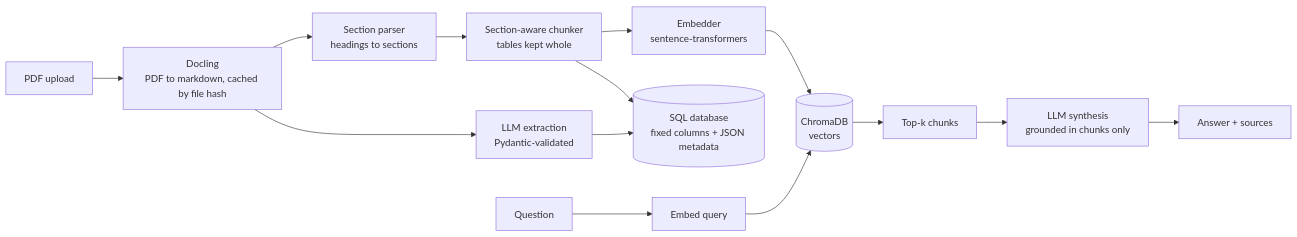
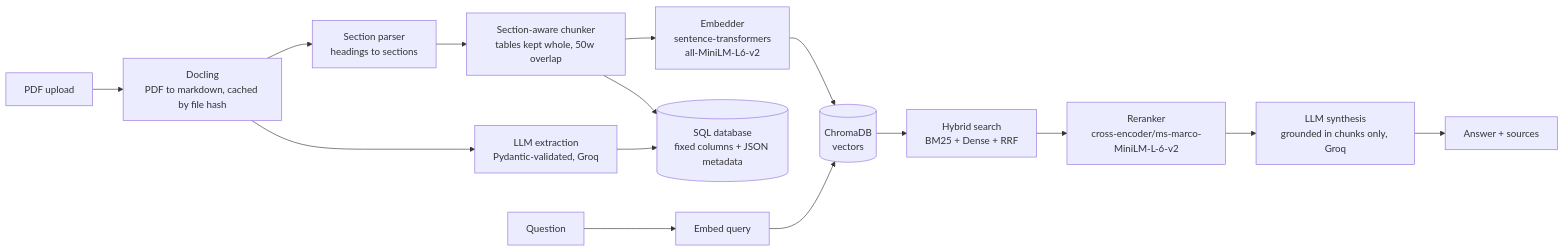
The diagram in README.md (HarshvardhanJ/papermind), drawn with Mermaid before and after one commit. The commit also changed other lines of this file and 2 other files, not shown here.

````diff
--- a/README.md
+++ b/README.md
@@ -9,16 +11,17 @@
 ```mermaid
 flowchart LR
     A[PDF upload] --> B[Docling<br/>PDF to markdown, cached by file hash]
     B --> C[Section parser<br/>headings to sections]
-    C --> D[Section-aware chunker<br/>tables kept whole]
-    D --> E[Embedder<br/>sentence-transformers]
+    C --> D[Section-aware chunker<br/>tables kept whole, 50w overlap]
+    D --> E[Embedder<br/>sentence-transformers<br/>all-MiniLM-L6-v2]
     E --> F[(ChromaDB<br/>vectors)]
-    B --> G[LLM extraction<br/>Pydantic-validated]
+    B --> G[LLM extraction<br/>Pydantic-validated, Groq]
     G --> H[(SQL database<br/>fixed columns + JSON metadata)]
     D --> H
     Q[Question] --> I[Embed query]
     I --> F
-    F --> J[Top-k chunks]
-    J --> K[LLM synthesis<br/>grounded in chunks only]
-    K --> L[Answer + sources]
+    F --> J[Hybrid search<br/>BM25 + Dense + RRF]
+    J --> K[Reranker<br/>cross-encoder/ms-marco-MiniLM-L-6-v2]
+    K --> L[LLM synthesis<br/>grounded in chunks only, Groq]
+    L --> M[Answer + sources]
 ```
````
